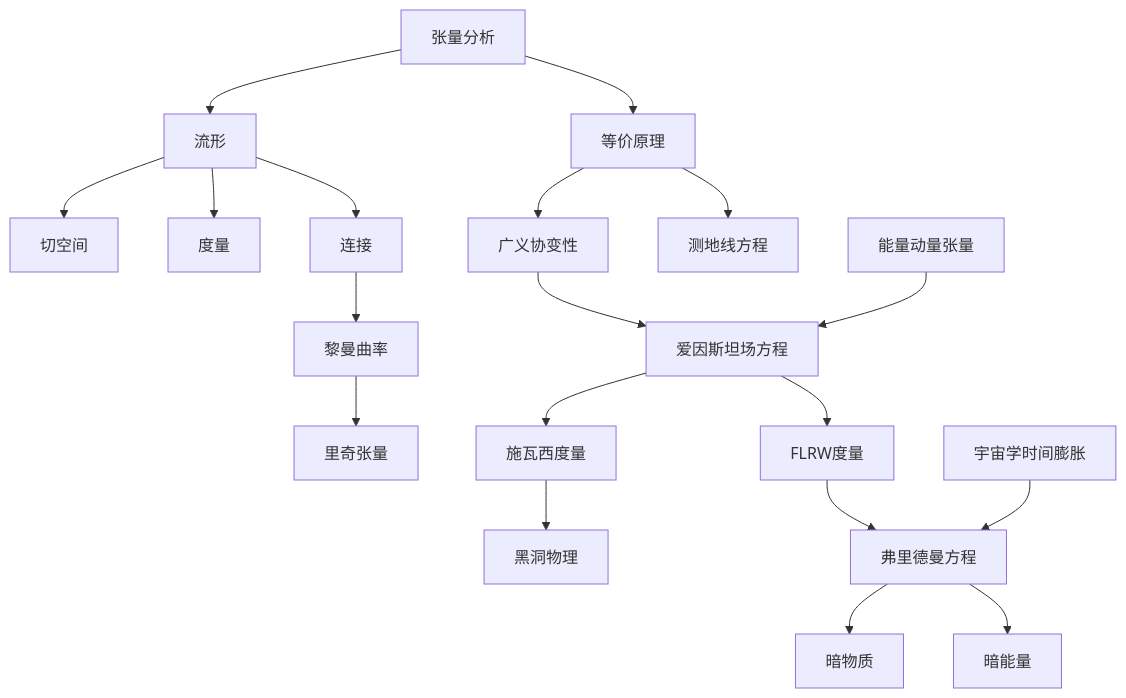
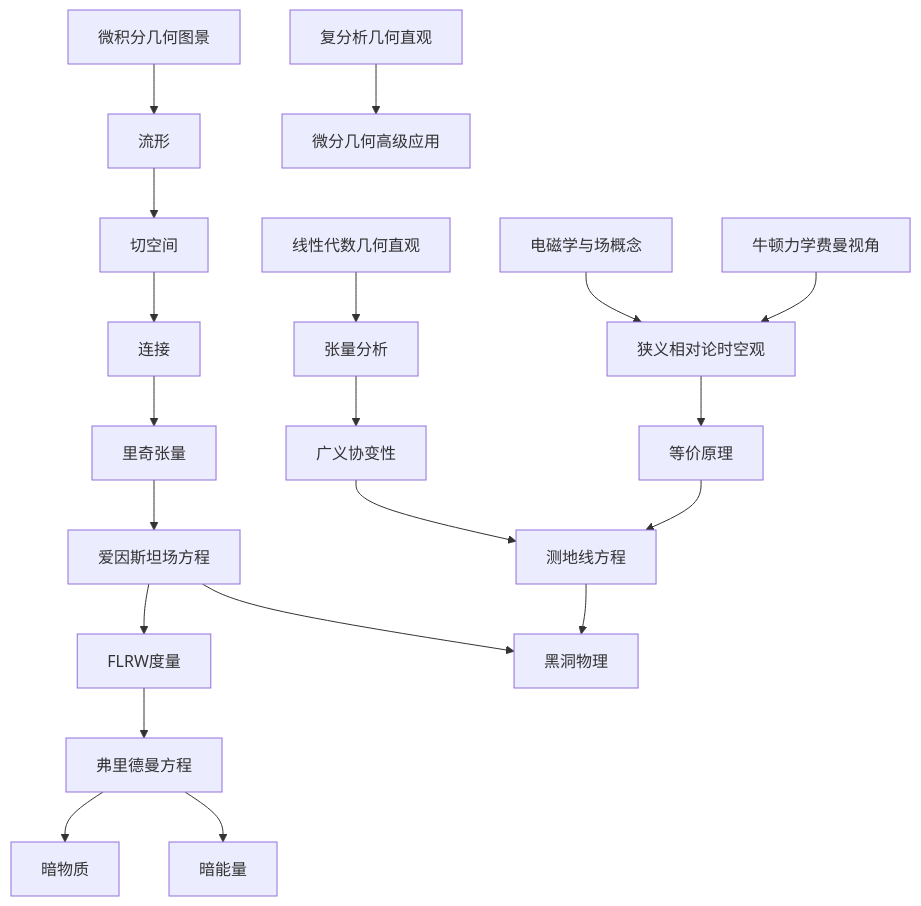
The diagram in 已创建文章总结.md (wb-dirac/_posts), drawn with Mermaid before and after one commit. The commit also changed other lines of this file and 8 other files, not shown here.

````diff
--- a/已创建文章总结.md
+++ b/已创建文章总结.md
@@ -47,24 +126,27 @@
 ```mermaid
-graph TB
-    A[张量分析] --> B[流形]
-    B --> C[切空间]
-    B --> D[度量]
-    B --> E[连接]
-    E --> F[黎曼曲率]
-    F --> G[里奇张量]
+graph TD
+    A[线性代数几何直观] --> B[张量分析]
+    C[微积分几何图景] --> D[流形]
+    E[复分析几何直观] --> F[微分几何高级应用]
     
-    A --> H[等价原理]
-    H --> I[广义协变性]
-    I --> J[爱因斯坦场方程]
-    J --> K[施瓦西度量]
-    K --> L[黑洞物理]
-    H --> M[测地线方程]
+    G[牛顿力学费曼视角] --> H[狭义相对论时空观]
+    I[电磁学与场概念] --> H
+    H --> J[等价原理]
     
-    J --> N[FLRW度量]
-    N --> O[弗里德曼方程]
-    O --> P[暗物质]
-    O --> Q[暗能量]
+    B --> K[广义协变性]
+    D --> L[切空间]
+    L --> M[连接]
+    M --> N[里奇张量]
     
-    R[能量动量张量] --> J
-    S[宇宙学时间膨胀] --> O
+    J --> O[测地线方程]
+    K --> O
+    N --> P[爱因斯坦场方程]
+    
+    P --> Q[FLRW度量]
+    Q --> R[弗里德曼方程]
+    R --> S[暗物质]
+    R --> T[暗能量]
+    
+    O --> U[黑洞物理]
+    P --> U
 ```
````
